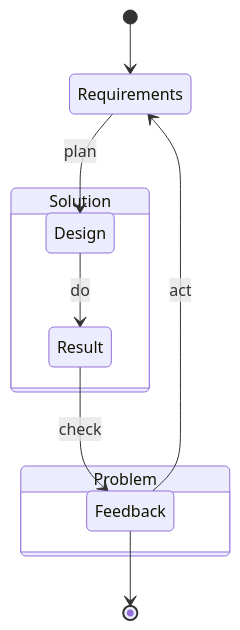
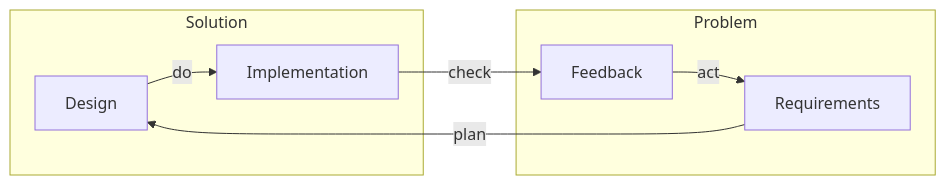
One commit to firstprinciplesthinking/paper_development_lifecycle changed the fifth of 10 diagrams in README.md. Above: the diagram before and after it, drawn with Mermaid. The commit also changed other lines of this file, not shown here.

Commit message:
Switch all diagrams to flows.

````diff
--- a/README.md
+++ b/README.md
@@ -89,19 +87,17 @@
 ```mermaid
-   stateDiagram-v2
-    Requirements
-      state Problem{
+   flowchart LR
+      subgraph  Solution
+         Design
+         Implementation
+      end
+      
+      subgraph  Problem
+         Requirements
          Feedback
-      }
+      end
 
-      state Solution{
-         Design
-         Result
-      }
-
-      [*]-->Requirements
-      Result-->Feedback: check
-      Feedback-->Requirements: act
-      Requirements-->Design: plan
-      Design-->Result: do
-      Feedback --> [*]
+      Requirements--"plan"-->Design
+      Design--"do"-->Implementation
+      Implementation--"check"-->Feedback
+      Feedback--"act"-->Requirements
 ```
````
